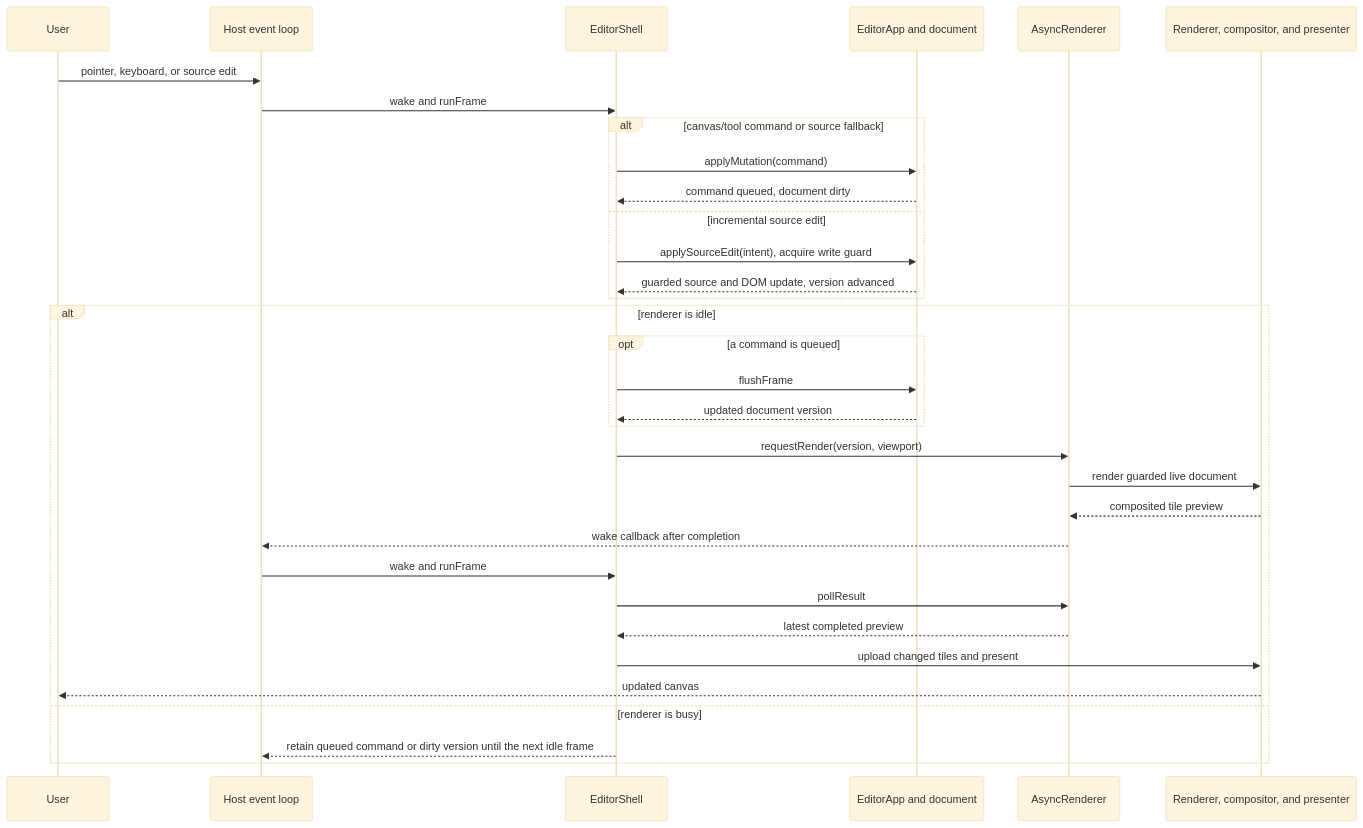
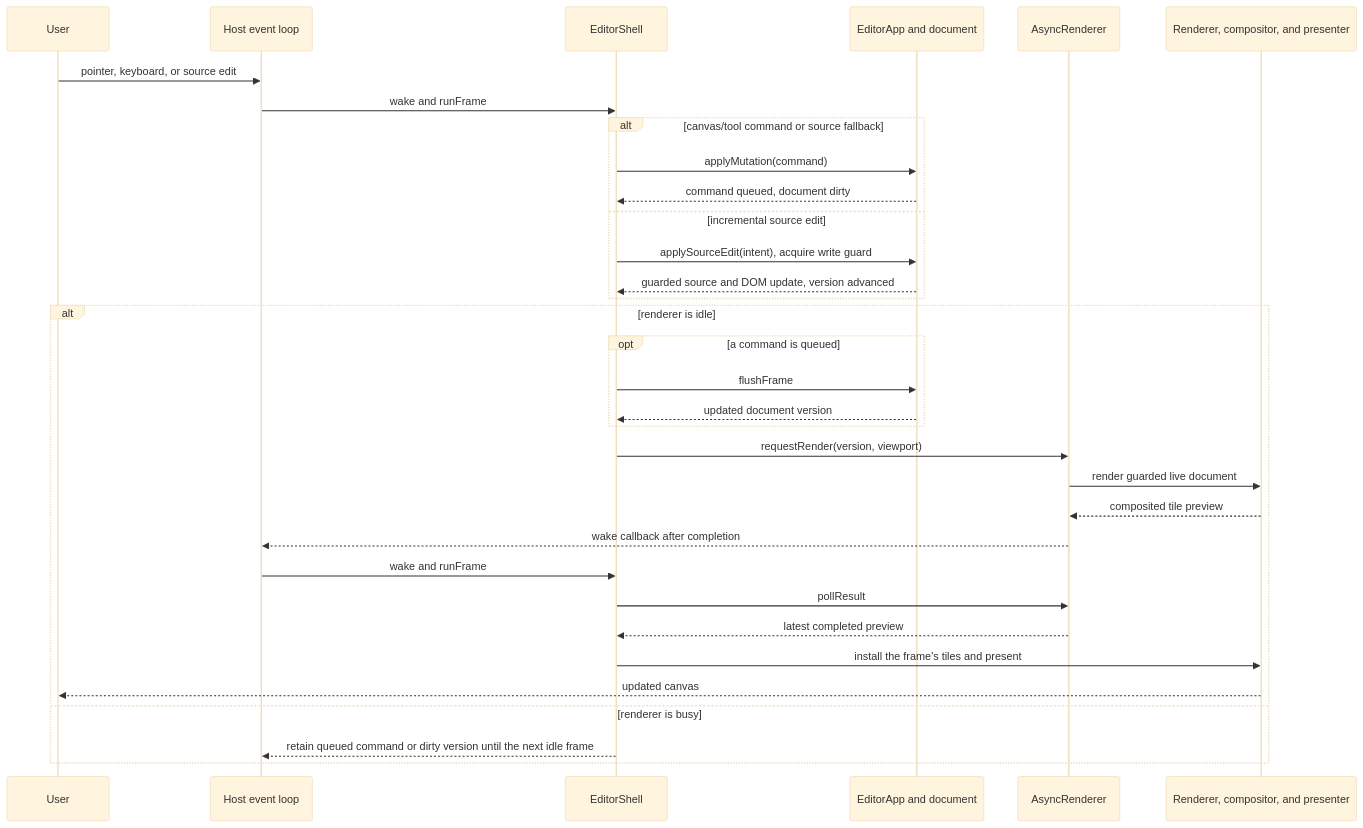
The fifth of 5 diagrams in docs/editor_architecture.md (jwmcglynn/donner), drawn with Mermaid (base theme) before and after one commit. The commit also changed other lines of this file and 11 other files, not shown here.

````diff
--- a/docs/editor_architecture.md
+++ b/docs/editor_architecture.md
@@ -183,36 +187,36 @@
 ```mermaid
 sequenceDiagram
   participant User
   participant Host as Host event loop
   participant Shell as EditorShell
   participant Model as EditorApp and document
   participant Worker as AsyncRenderer
   participant Output as Renderer, compositor, and presenter
 
   User->>Host: pointer, keyboard, or source edit
   Host->>Shell: wake and runFrame
   alt canvas/tool command or source fallback
     Shell->>Model: applyMutation(command)
     Model-->>Shell: command queued, document dirty
   else incremental source edit
     Shell->>Model: applySourceEdit(intent), acquire write guard
     Model-->>Shell: guarded source and DOM update, version advanced
   end
   alt renderer is idle
     opt a command is queued
       Shell->>Model: flushFrame
       Model-->>Shell: updated document version
     end
     Shell->>Worker: requestRender(version, viewport)
     Worker->>Output: render guarded live document
     Output-->>Worker: composited tile preview
     Worker-->>Host: wake callback after completion
     Host->>Shell: wake and runFrame
     Shell->>Worker: pollResult
     Worker-->>Shell: latest completed preview
-    Shell->>Output: upload changed tiles and present
+    Shell->>Output: install the frame's tiles and present
     Output-->>User: updated canvas
   else renderer is busy
     Shell-->>Host: retain queued command or dirty version until the next idle frame
   end
 ```
````
